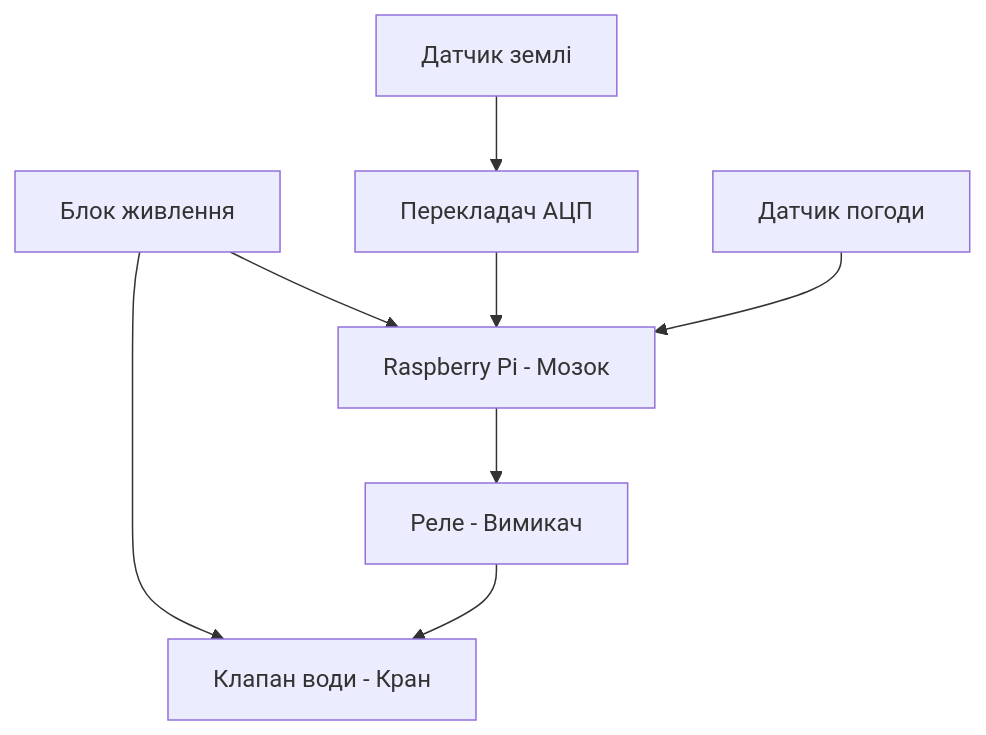
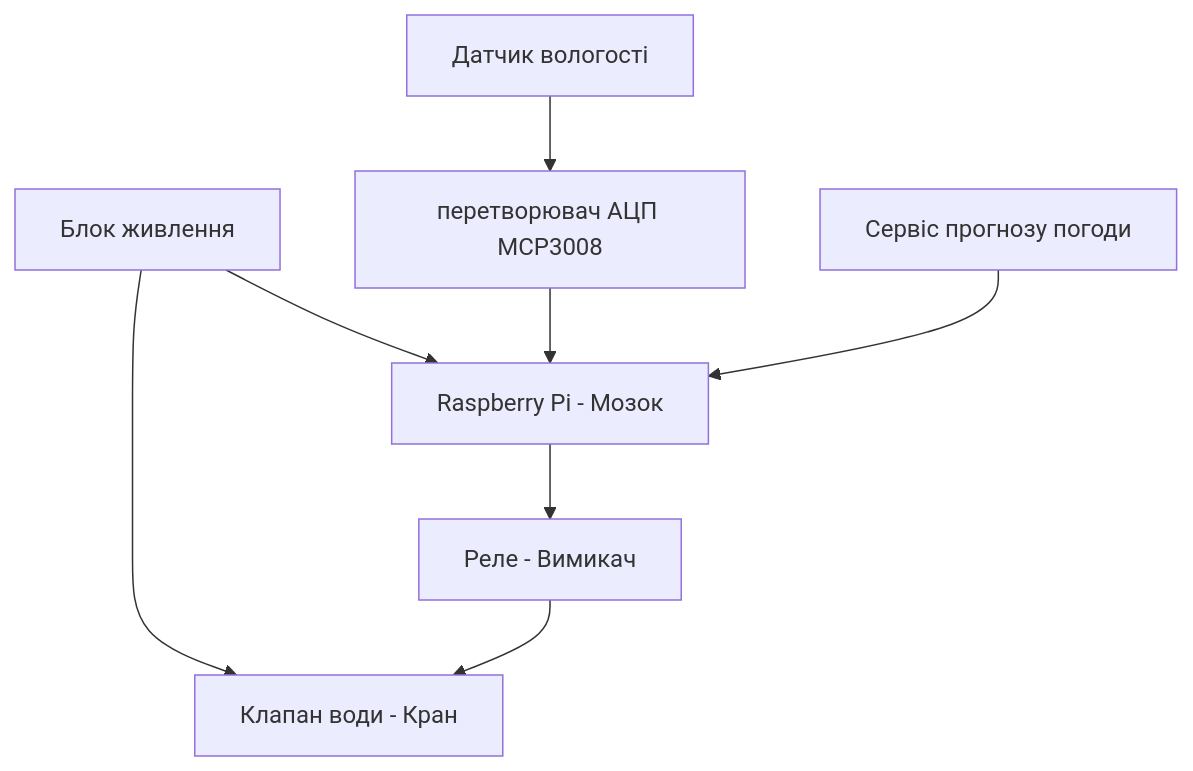
The diagram in КУРСОВА/Курсова пісу/Readme.md (mihajlokovalenko208-hash/course_work), drawn with Mermaid before and after one commit. The commit also changed other lines of this file, not shown here.

````diff
--- a/КУРСОВА/Курсова пісу/Readme.md
+++ b/КУРСОВА/Курсова пісу/Readme.md
@@ -62,11 +121,11 @@
 ```mermaid
 
 graph TD
     Power[Блок живлення] --> RPi[Raspberry Pi - Мозок]
     Power --> Valve[Клапан води - Кран]
-    Soil[Датчик землі] --> ADC[Перекладач АЦП]
+    Soil[Датчик вологості] --> ADC[перетворювач АЦП MCP3008]
     ADC --> RPi
-    DHT[Датчик погоди] --> RPi
+    DHT[Сервіс прогнозу погоди] --> RPi
     RPi --> Relay[Реле - Вимикач]
     Relay --> Valve
 ```
````
